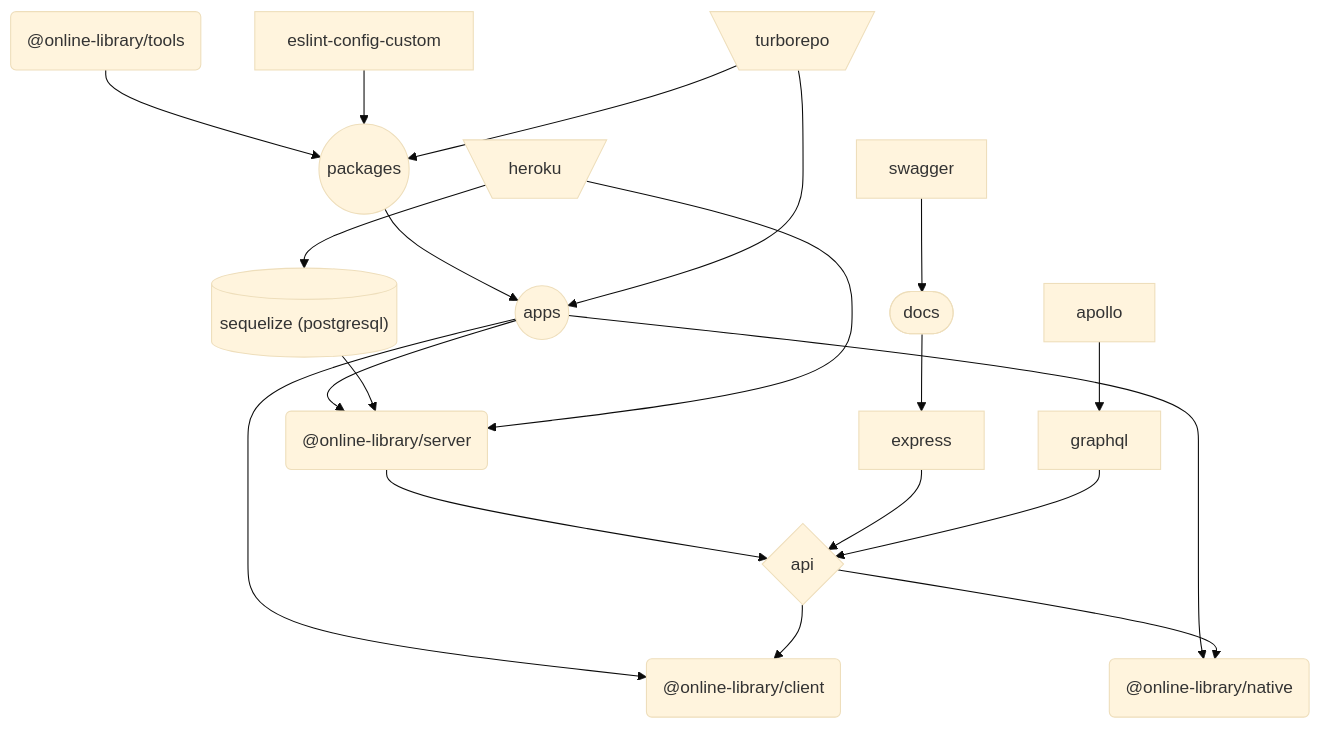
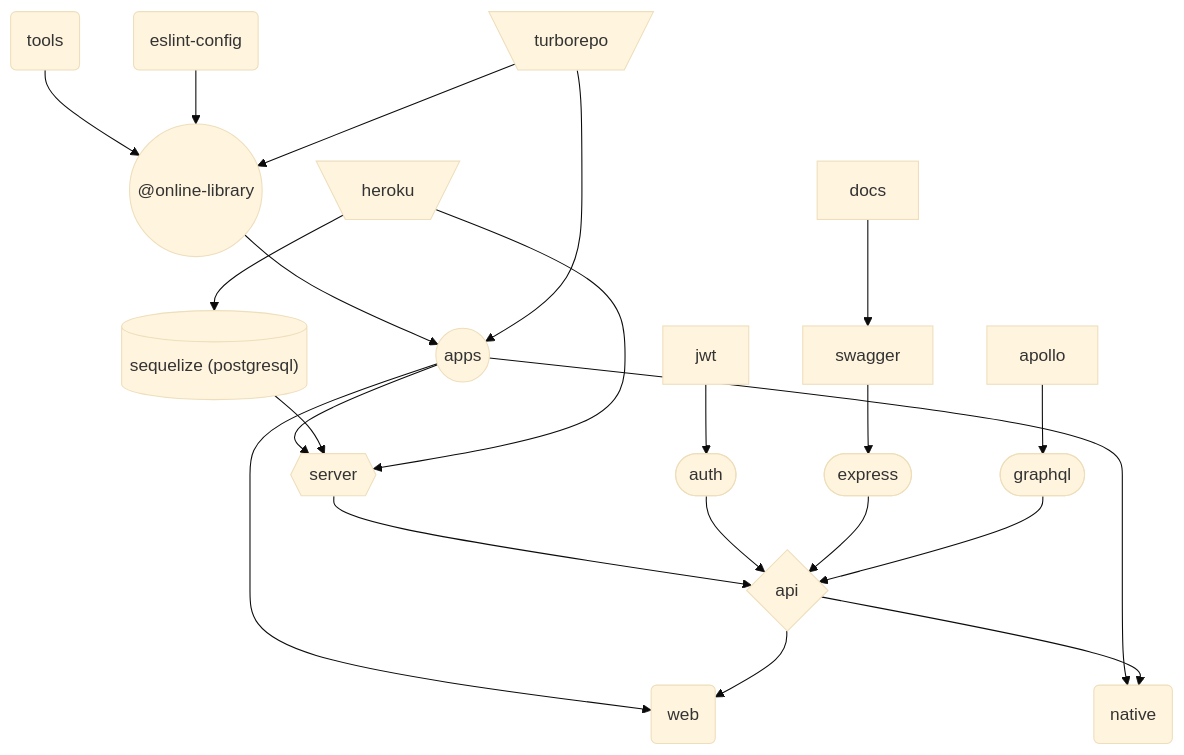
The diagram in README.md (kuubson/online-library), drawn with Mermaid (base theme) before and after one commit. The commit also changed other lines of this file and 245 other files, not shown here.

Commit message:
tweak folders flow

````diff
--- a/README.md
+++ b/README.md
@@ -124,33 +124,36 @@
 ```mermaid
 graph TD
-apps-->client("@online-library/client")
-apps-->native("@online-library/native")
-apps-->server("@online-library/server")
+apps-->client(web)
+apps-->native(native)
+apps-->server{{server}}
 
-tools("@online-library/tools")-->packages
-eslint-config-custom-->packages
+tools(tools)-->lib
+eslint-config(eslint-config)-->lib
 
-packages-->apps((apps))
+lib-->apps((apps))
 
 turborepo[\turborepo/]-->apps
-turborepo-->packages((packages))
+turborepo-->lib(("@online-library"))
 
 heroku[\heroku/]-->db[("sequelize (postgresql)")]
 
 db-->server
 
 heroku-->server
 
 server-->api{api}
 
-apollo-->graphql
+auth([auth])-->api{api}
+jwt-->auth
 
-express-->api
+apollo-->graphql([graphql])
+
+express([express])-->api
 graphql-->api
 
-docs([docs])-->express
-swagger-->docs
+swagger-->express
+docs-->swagger
 
 api-->client
 api-->native
 ```
````
